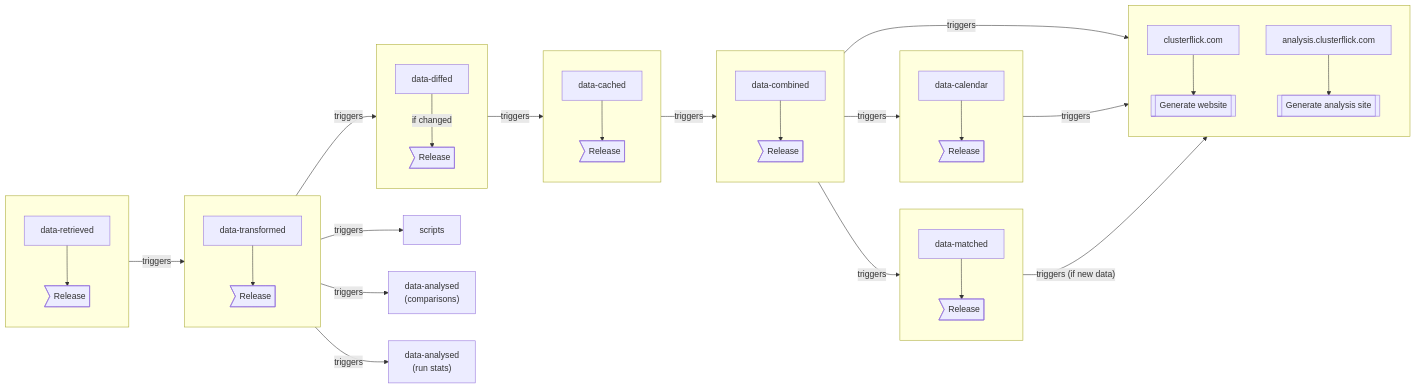
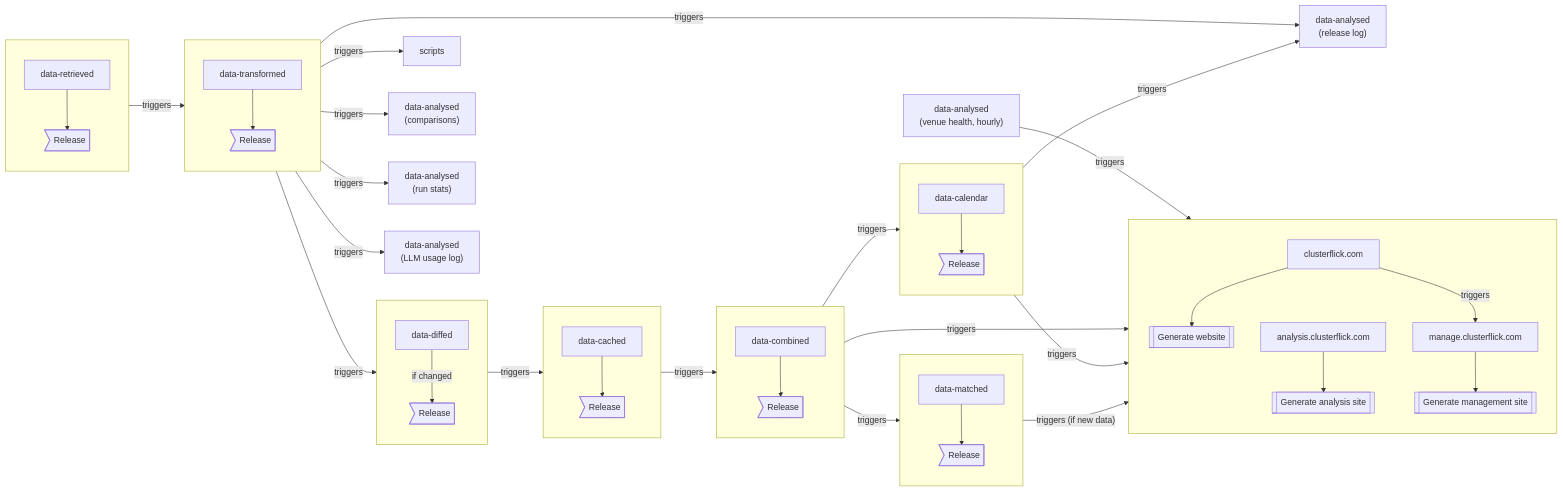
One commit to clusterflick/.github changed the diagram in profile/README.md. Above: the diagram before and after it, drawn with Mermaid. The commit also changed other lines of this file, not shown here.

First line of the commit message:
Add the logs and management site to the org profile

````diff
--- a/profile/README.md
+++ b/profile/README.md
@@ -113,68 +116,77 @@
 ```mermaid
 flowchart LR
     retrieved["data-retrieved"]
     transformed["data-transformed"]
     calendar["data-calendar"]
     cached["data-cached"]
     diffed["data-diffed"]
     combined["data-combined"]
     matched["data-matched"]
     scripts["scripts"]
     analysed["data-analysed<br>(comparisons)"]
     runstats["data-analysed<br>(run stats)"]
+    llmusage["data-analysed<br>(LLM usage log)"]
+    releaselog["data-analysed<br>(release log)"]
+    venuehealth["data-analysed<br>(venue health, hourly)"]
 
     subgraph retrival[" "]
         direction TB
         retrieved --> retrival-release>Release]
     end
 
     subgraph transformation[" "]
         direction TB
         transformed --> transformation-release>Release]
     end
 
     subgraph calendars[" "]
         direction TB
         calendar --> calendar-release>Release]
     end
 
     subgraph caching[" "]
         direction TB
         cached --> cached-release>Release]
     end
 
     subgraph diffing[" "]
         direction TB
         diffed --"if changed"--> diffed-release>Release]
     end
 
     subgraph combination[" "]
         direction TB
         combined --> combined-release>Release]
     end
 
     subgraph matching[" "]
         direction TB
         matched --> matched-release>Release]
     end
 
     subgraph website[" "]
         direction TB
         clusterflick.com --> id1[[Generate website]]
         analysis["analysis.clusterflick.com"] --> id2[[Generate analysis site]]
+        manage["manage.clusterflick.com"] --> id3[[Generate management site]]
     end
 
     retrival --triggers--> transformation
     transformation --triggers--> diffing
     transformation --triggers--> scripts
     transformation --triggers--> analysed
     transformation --triggers--> runstats
+    transformation --triggers--> llmusage
+    transformation --triggers--> releaselog
     diffing --triggers--> caching
     caching --triggers--> combination
     combination --triggers--> calendars
     combination --triggers--> matching
     combination --triggers--> analysis
     calendars --triggers--> clusterflick.com
+    calendars --triggers--> releaselog
     matching --"triggers (if new data)"--> clusterflick.com
+    clusterflick.com --triggers--> manage
+    venuehealth --triggers--> manage
 
 ```
````
